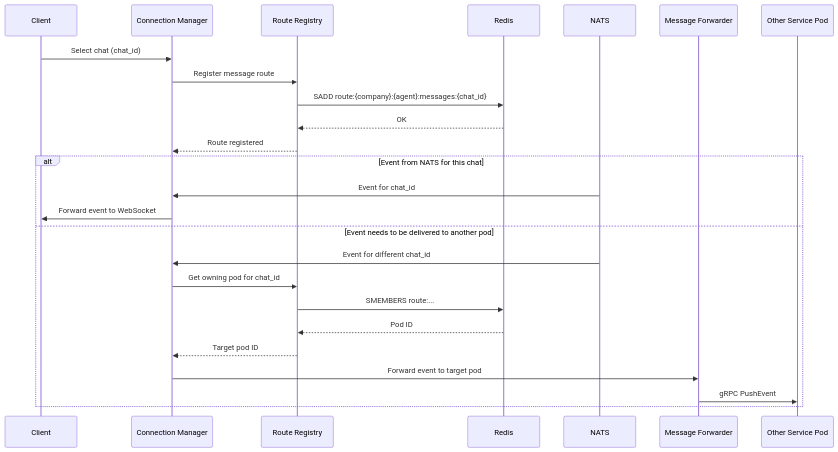
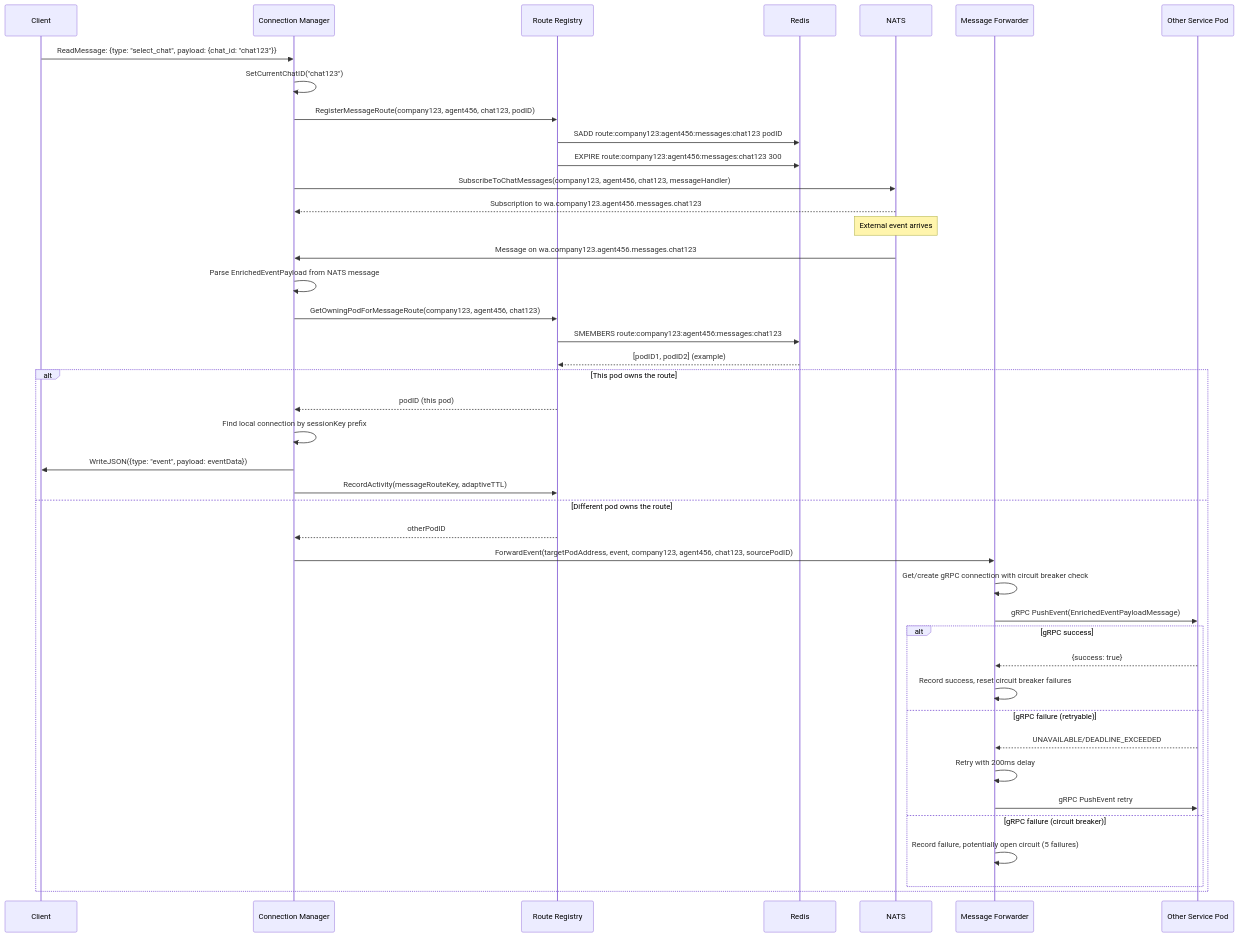
One commit to ridhomain/dws changed the third of 4 diagrams in docs/system_architecture.md. Above: the diagram before and after it, drawn with Mermaid. The commit also changed other lines of this file and 2 other files, not shown here.

````diff
--- a/docs/system_architecture.md
+++ b/docs/system_architecture.md
@@ -198,29 +246,52 @@
 ```mermaid
 sequenceDiagram
     participant Client
     participant ConnMgr as Connection Manager
     participant RouteReg as Route Registry
     participant Redis
     participant NATS
     participant Forwarder as Message Forwarder
     participant OtherPod as Other Service Pod
 
-    Client->>ConnMgr: Select chat (chat_id)
-    ConnMgr->>RouteReg: Register message route
-    RouteReg->>Redis: SADD route:{company}:{agent}:messages:{chat_id}
-    Redis-->>RouteReg: OK
-    RouteReg-->>ConnMgr: Route registered
+    Client->>ConnMgr: ReadMessage: {type: "select_chat", payload: {chat_id: "chat123"}}
+    ConnMgr->>ConnMgr: SetCurrentChatID("chat123")
     
-    alt Event from NATS for this chat
-        NATS->>ConnMgr: Event for chat_id
-        ConnMgr->>Client: Forward event to WebSocket
-    else Event needs to be delivered to another pod
-        NATS->>ConnMgr: Event for different chat_id
-        ConnMgr->>RouteReg: Get owning pod for chat_id
-        RouteReg->>Redis: SMEMBERS route:...
-        Redis-->>RouteReg: Pod ID
-        RouteReg-->>ConnMgr: Target pod ID
-        ConnMgr->>Forwarder: Forward event to target pod
-        Forwarder->>OtherPod: gRPC PushEvent
+    ConnMgr->>RouteReg: RegisterMessageRoute(company123, agent456, chat123, podID)
+    RouteReg->>Redis: SADD route:company123:agent456:messages:chat123 podID
+    RouteReg->>Redis: EXPIRE route:company123:agent456:messages:chat123 300
+    
+    ConnMgr->>NATS: SubscribeToChatMessages(company123, agent456, chat123, messageHandler)
+    NATS-->>ConnMgr: Subscription to wa.company123.agent456.messages.chat123
+    
+    Note over NATS: External event arrives
+    NATS->>ConnMgr: Message on wa.company123.agent456.messages.chat123
+    ConnMgr->>ConnMgr: Parse EnrichedEventPayload from NATS message
+    
+    ConnMgr->>RouteReg: GetOwningPodForMessageRoute(company123, agent456, chat123)
+    RouteReg->>Redis: SMEMBERS route:company123:agent456:messages:chat123
+    Redis-->>RouteReg: [podID1, podID2] (example)
+    
+    alt This pod owns the route
+        RouteReg-->>ConnMgr: podID (this pod)
+        ConnMgr->>ConnMgr: Find local connection by sessionKey prefix
+        ConnMgr->>Client: WriteJSON({type: "event", payload: eventData})
+        ConnMgr->>RouteReg: RecordActivity(messageRouteKey, adaptiveTTL)
+    else Different pod owns the route
+        RouteReg-->>ConnMgr: otherPodID
+        ConnMgr->>Forwarder: ForwardEvent(targetPodAddress, event, company123, agent456, chat123, sourcePodID)
+        
+        Forwarder->>Forwarder: Get/create gRPC connection with circuit breaker check
+        Forwarder->>OtherPod: gRPC PushEvent(EnrichedEventPayloadMessage)
+        
+        alt gRPC success
+            OtherPod-->>Forwarder: {success: true}
+            Forwarder->>Forwarder: Record success, reset circuit breaker failures
+        else gRPC failure (retryable)
+            OtherPod-->>Forwarder: UNAVAILABLE/DEADLINE_EXCEEDED
+            Forwarder->>Forwarder: Retry with 200ms delay
+            Forwarder->>OtherPod: gRPC PushEvent retry
+        else gRPC failure (circuit breaker)
+            Forwarder->>Forwarder: Record failure, potentially open circuit (5 failures)
+        end
     end
 ```
````
